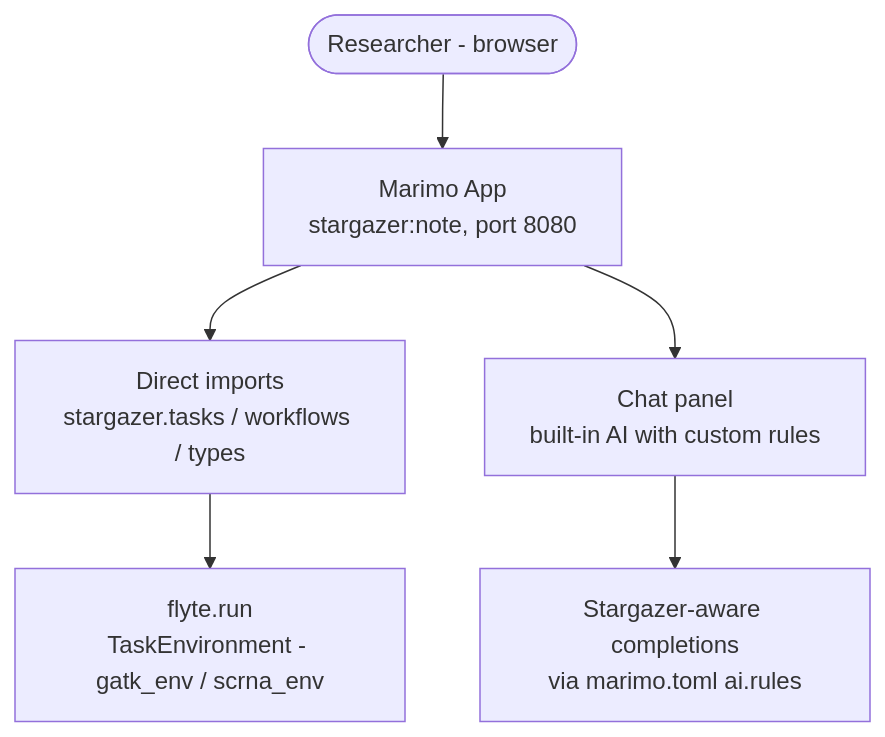
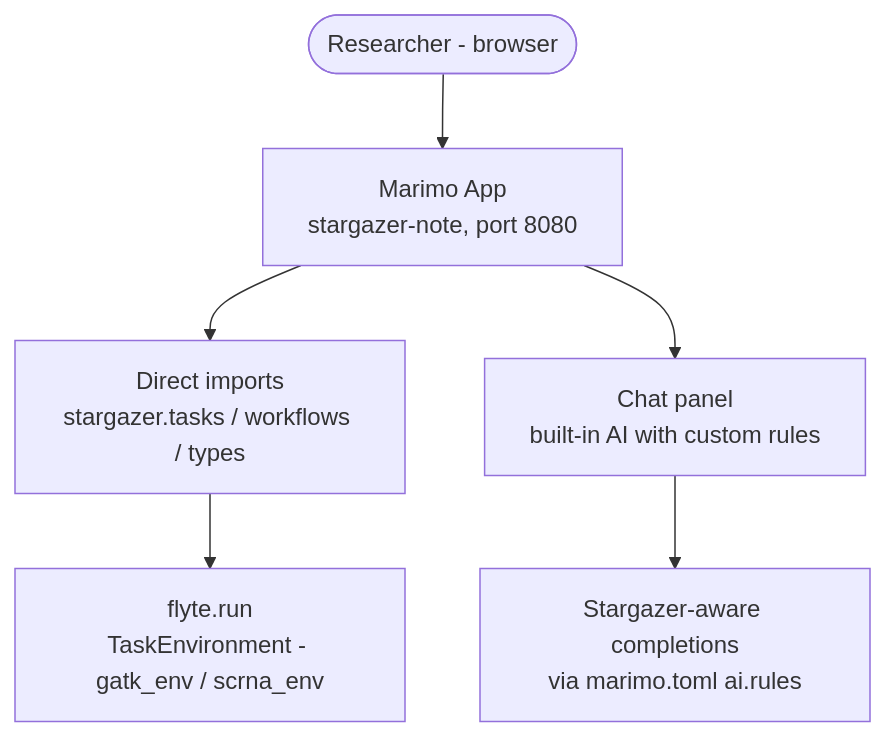
The first of 2 diagrams in docs/architecture/notebook.md (StargazerBio/stargazer), drawn with Mermaid before and after one commit. The commit also changed other lines of this file and 7 other files, not shown here.

````diff
--- a/docs/architecture/notebook.md
+++ b/docs/architecture/notebook.md
@@ -13,8 +13,8 @@
 ```mermaid
 flowchart TD
-    R([Researcher - browser]) --> M[Marimo App<br/>stargazer:note, port 8080]
+    R([Researcher - browser]) --> M[Marimo App<br/>stargazer-note, port 8080]
     M --> I[Direct imports<br/>stargazer.tasks / workflows / types]
     I --> F[flyte.run<br/>TaskEnvironment - gatk_env / scrna_env]
     M --> C[Chat panel<br/>built-in AI with custom rules]
     C --> A[Stargazer-aware completions<br/>via marimo.toml ai.rules]
 ```
````
